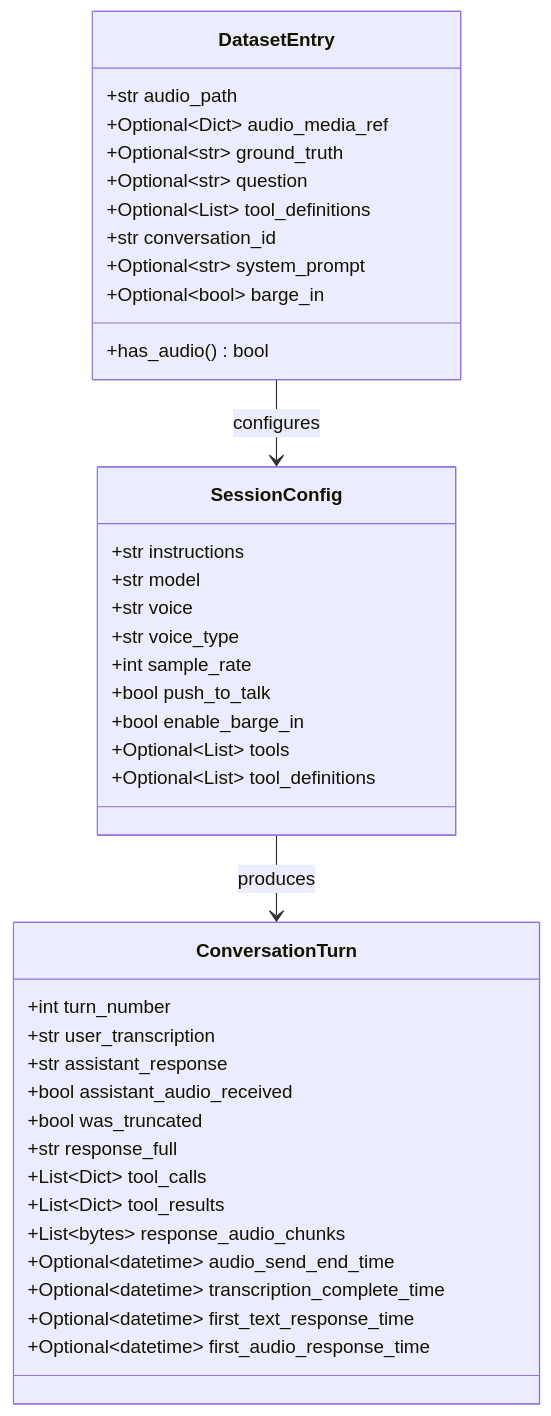
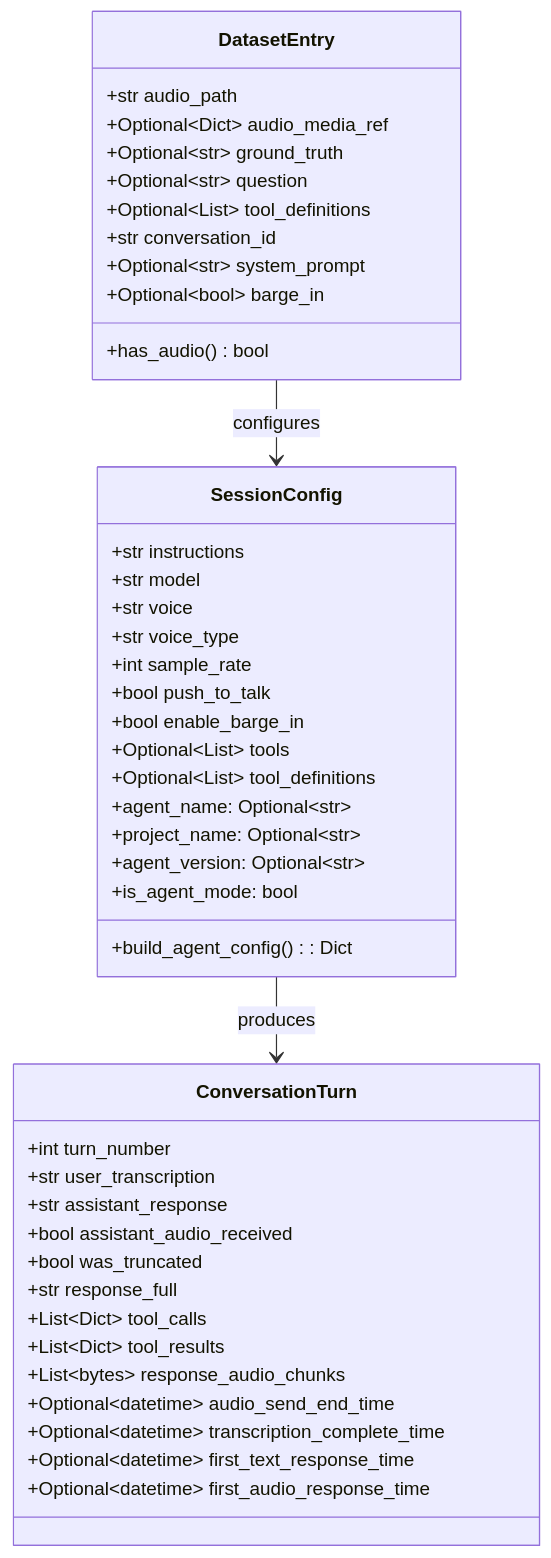
The second of 8 diagrams in evaluation_harness/ARCHITECTURE.md (microsoft-foundry/voicelive-evaluation), drawn with Mermaid before and after one commit. The commit also changed other lines of this file and 30 other files, not shown here.

First line of the commit message:
feat: Add VoiceLive Agent Mode support for Foundry Agent evaluations (#56)

````diff
--- a/evaluation_harness/ARCHITECTURE.md
+++ b/evaluation_harness/ARCHITECTURE.md
@@ -33,42 +33,47 @@
 ```mermaid
 classDiagram
     class SessionConfig {
         +str instructions
         +str model
         +str voice
         +str voice_type
         +int sample_rate
         +bool push_to_talk
         +bool enable_barge_in
         +Optional~List~ tools
         +Optional~List~ tool_definitions
+        +agent_name: Optional~str~
+        +project_name: Optional~str~
+        +agent_version: Optional~str~
+        +is_agent_mode: bool
+        +build_agent_config(): Dict
     }
     class ConversationTurn {
         +int turn_number
         +str user_transcription
         +str assistant_response
         +bool assistant_audio_received
         +bool was_truncated
         +str response_full
         +List~Dict~ tool_calls
         +List~Dict~ tool_results
         +List~bytes~ response_audio_chunks
         +Optional~datetime~ audio_send_end_time
         +Optional~datetime~ transcription_complete_time
         +Optional~datetime~ first_text_response_time
         +Optional~datetime~ first_audio_response_time
     }
     class DatasetEntry {
         +str audio_path
         +Optional~Dict~ audio_media_ref
         +Optional~str~ ground_truth
         +Optional~str~ question
         +Optional~List~ tool_definitions
         +str conversation_id
         +Optional~str~ system_prompt
         +Optional~bool~ barge_in
         +has_audio() bool
     }
     DatasetEntry --> SessionConfig : configures
     SessionConfig --> ConversationTurn : produces
 ```
````
